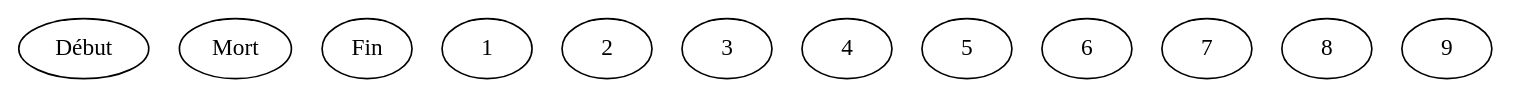
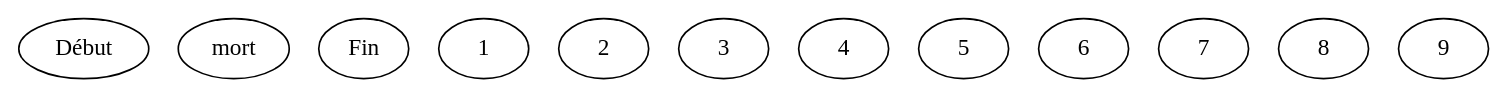
The diagram in voyage-en-osmanlie/terres-ardentes.dot (ACasset/aria), drawn with Graphviz before and after one commit. The commit also changed 1 other file, not shown here.

```diff
--- a/voyage-en-osmanlie/terres-ardentes.dot
+++ b/voyage-en-osmanlie/terres-ardentes.dot
@@ -1,6 +1,6 @@
 digraph {
   # Pages
-  Début Mort Fin
+  Début mort Fin
   1 2 3 4 5 6 7 8 9
   # TODO
 }
```
